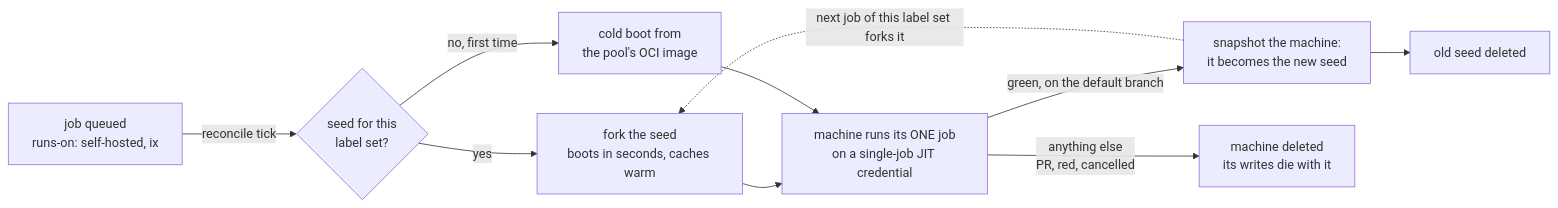
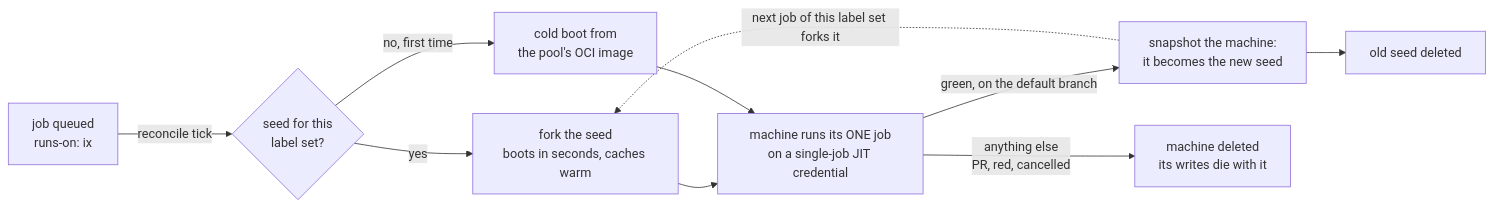
One commit to indexable-inc/ix-runners changed the diagram in README.md. Above: the diagram before and after it, drawn with Mermaid. The commit also changed other lines of this file, not shown here.

Commit message:
ix-runners: sync from ix d0adf3dd05
Source-Commit: d0adf3dd05be9810f73f1fe1dcb601253e6db69c
Projection-Manifest: cf0ea06f392582ed6d16b965b70ce1871341944ce894416700db2fc86c7668cd

````diff
--- a/README.md
+++ b/README.md
@@ -39,12 +39,12 @@
 ```mermaid
 flowchart LR
-    Q[job queued<br/>runs-on: self-hosted, ix] -->|reconcile tick| S{seed for this<br/>label set?}
+    Q[job queued<br/>runs-on: ix] -->|reconcile tick| S{seed for this<br/>label set?}
     S -->|yes| F[fork the seed<br/>boots in seconds, caches warm]
     S -->|no, first time| C[cold boot from<br/>the pool's OCI image]
     F --> R[machine runs its ONE job<br/>on a single-job JIT credential]
     C --> R
     R -->|green, on the default branch| P[snapshot the machine:<br/>it becomes the new seed]
     R -->|anything else<br/>PR, red, cancelled| D[machine deleted<br/>its writes die with it]
     P --> D2[old seed deleted]
     P -.->|next job of this label set forks it| F
 ```
````
